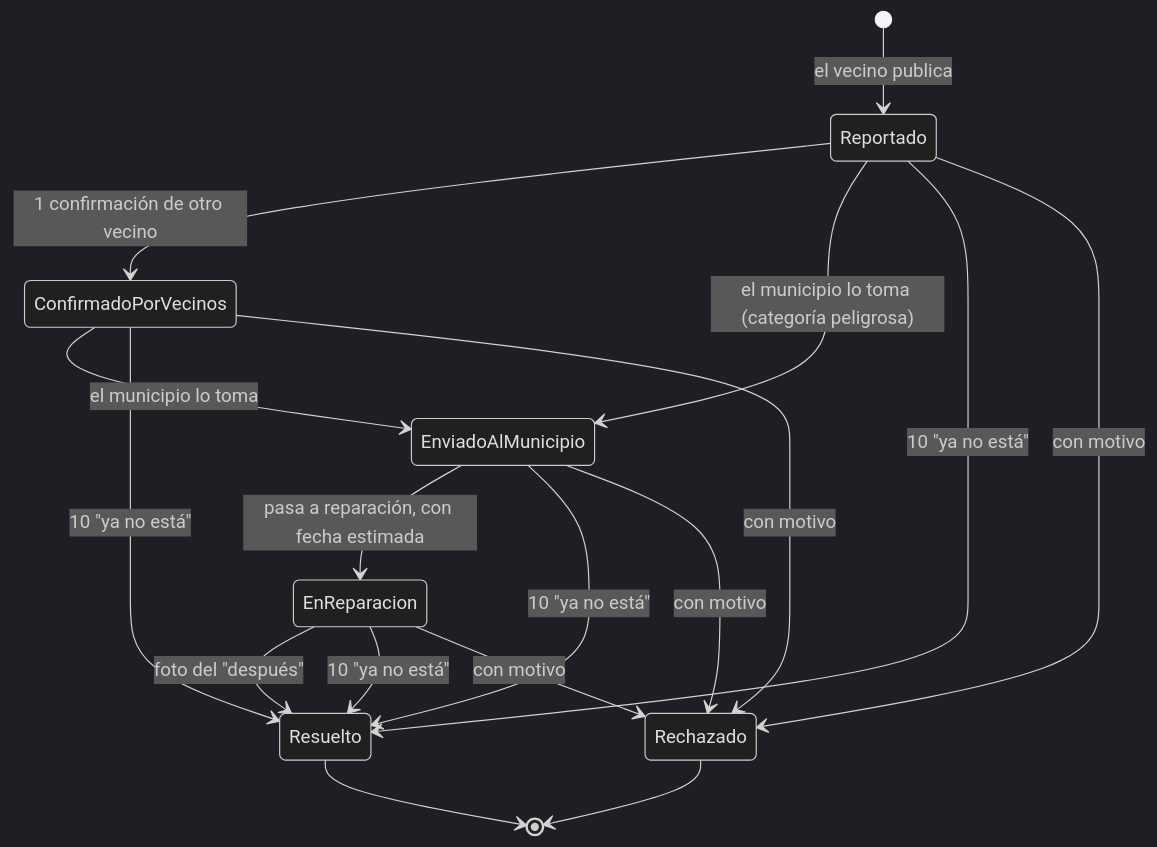
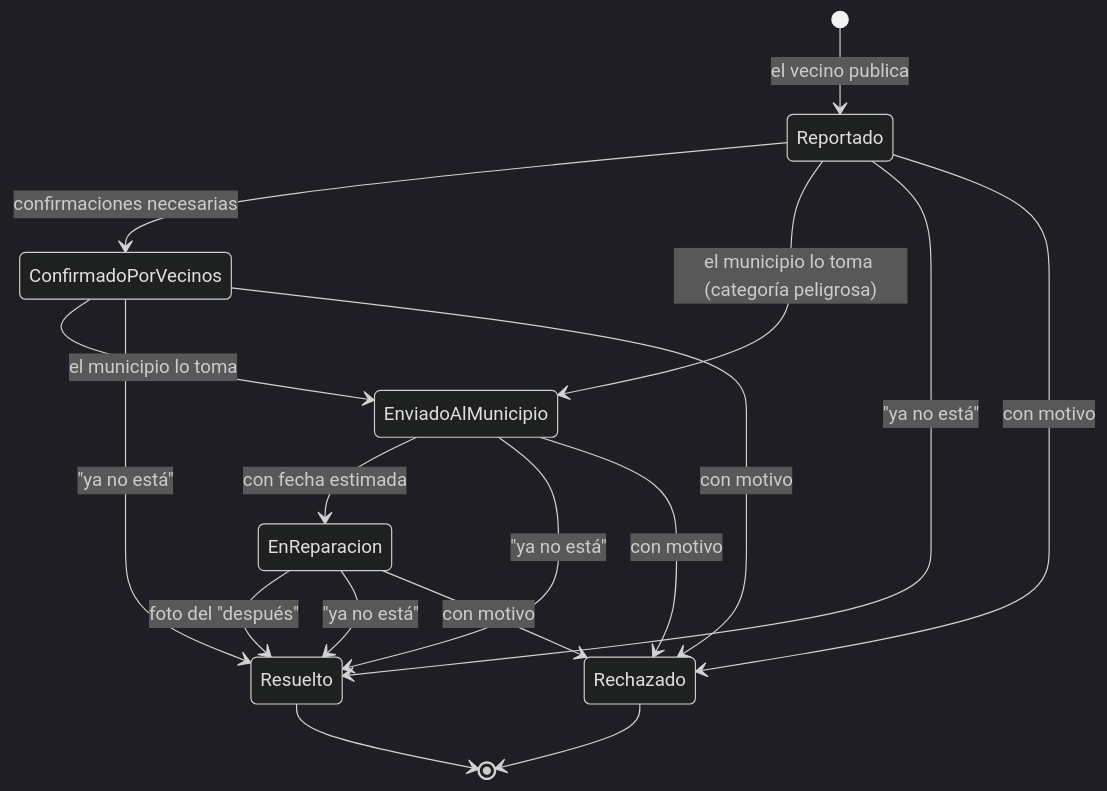
One commit to nicocoloritto/pozo changed the diagram in README.md. Above: the diagram before and after it, drawn with Mermaid (dark theme). The commit also changed other lines of this file and 2 other files, not shown here.

````diff
--- a/README.md
+++ b/README.md
@@ -86,19 +83,19 @@
 ```mermaid
 stateDiagram-v2
     [*] --> Reportado: el vecino publica
-    Reportado --> ConfirmadoPorVecinos: 1 confirmación de otro vecino
+    Reportado --> ConfirmadoPorVecinos: confirmaciones necesarias
     Reportado --> EnviadoAlMunicipio: el municipio lo toma (categoría peligrosa)
     ConfirmadoPorVecinos --> EnviadoAlMunicipio: el municipio lo toma
-    EnviadoAlMunicipio --> EnReparacion: pasa a reparación, con fecha estimada
+    EnviadoAlMunicipio --> EnReparacion: con fecha estimada
     EnReparacion --> Resuelto: foto del "después"
-    Reportado --> Resuelto: 10 "ya no está"
-    ConfirmadoPorVecinos --> Resuelto: 10 "ya no está"
-    EnviadoAlMunicipio --> Resuelto: 10 "ya no está"
-    EnReparacion --> Resuelto: 10 "ya no está"
+    Reportado --> Resuelto: "ya no está"
+    ConfirmadoPorVecinos --> Resuelto: "ya no está"
+    EnviadoAlMunicipio --> Resuelto: "ya no está"
+    EnReparacion --> Resuelto: "ya no está"
     Reportado --> Rechazado: con motivo
     ConfirmadoPorVecinos --> Rechazado: con motivo
     EnviadoAlMunicipio --> Rechazado: con motivo
     EnReparacion --> Rechazado: con motivo
     Resuelto --> [*]
     Rechazado --> [*]
 ```
````
